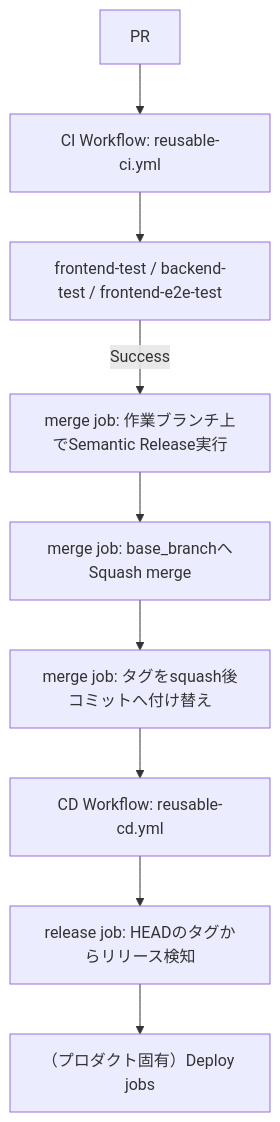
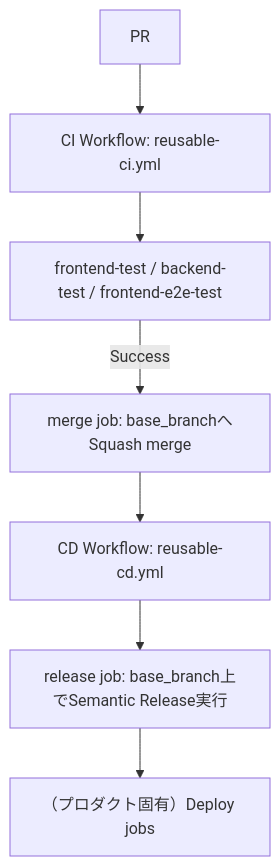
Before and after one commit to bamiyanapp/dev-standards: the diagram in docs/cicd-pipeline-specification.md, drawn with Mermaid. The commit also changed other lines of this file and 3 other files, not shown here.

````diff
--- a/docs/cicd-pipeline-specification.md
+++ b/docs/cicd-pipeline-specification.md
@@ -9,11 +9,9 @@
 ```mermaid
 graph TD
     A[PR] --> B[CI Workflow: reusable-ci.yml];
     B --> C[frontend-test / backend-test / frontend-e2e-test];
-    C -->|Success| D[merge job: 作業ブランチ上でSemantic Release実行];
-    D --> E[merge job: base_branchへSquash merge];
-    E --> F[merge job: タグをsquash後コミットへ付け替え];
-    F --> G[CD Workflow: reusable-cd.yml];
-    G --> H[release job: HEADのタグからリリース検知];
-    H --> I[（プロダクト固有）Deploy jobs];
+    C -->|Success| D[merge job: base_branchへSquash merge];
+    D --> E[CD Workflow: reusable-cd.yml];
+    E --> F[release job: base_branch上でSemantic Release実行];
+    F --> G[（プロダクト固有）Deploy jobs];
 ```
````
